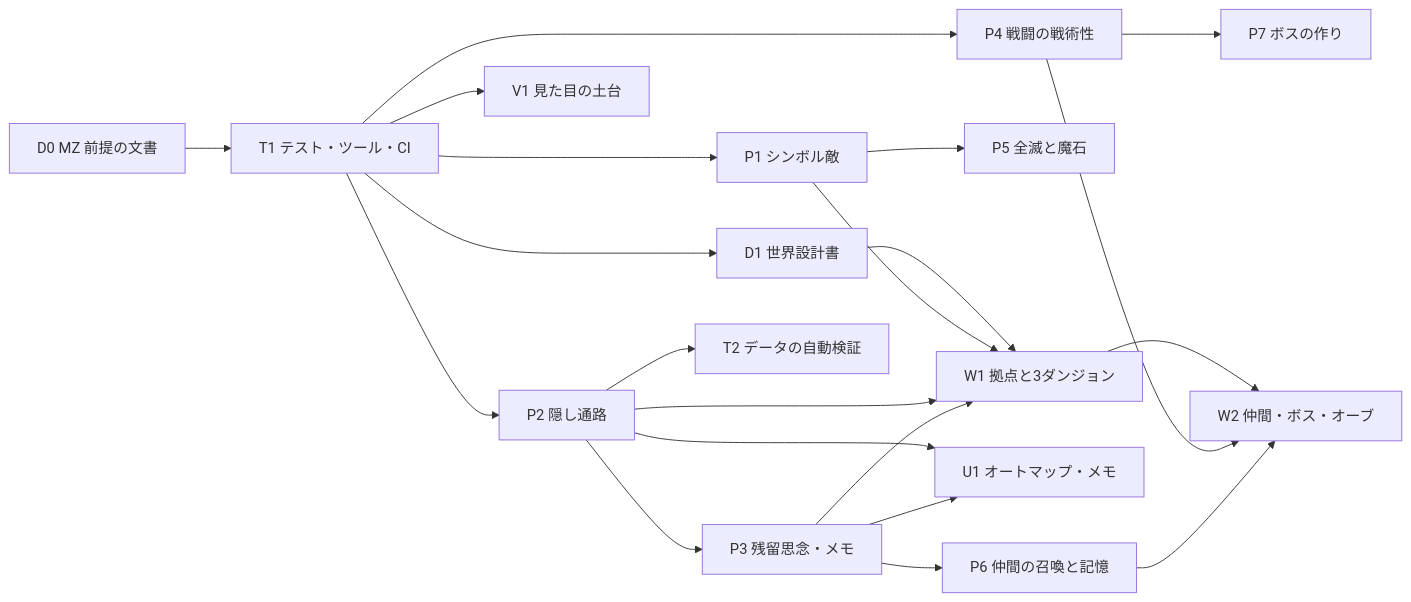
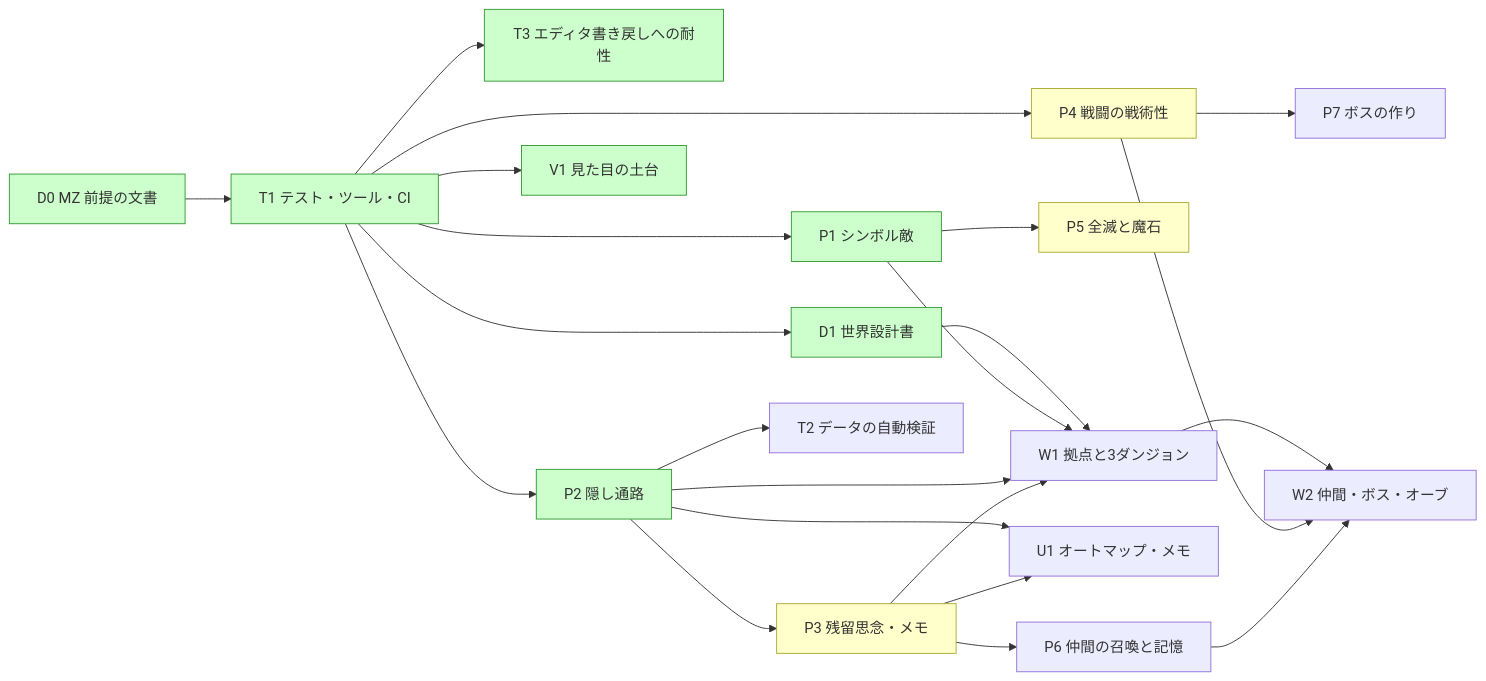
The diagram in docs/ROADMAP.md (nakaba9696/-RPG), drawn with Mermaid before and after one commit. The commit also changed other lines of this file and 1 other file, not shown here.

First line of the commit message:
D2: ドキュメントのまとめ（ROADMAP のチェック・割り当て表・決定待ち・約束を main に合わせる）

````diff
--- a/docs/ROADMAP.md
+++ b/docs/ROADMAP.md
@@ -152,23 +166,28 @@
 ```mermaid
 graph LR
   D0[D0 MZ 前提の文書] --> T1[T1 テスト・ツール・CI]
+  T1 --> T3[T3 エディタ書き戻しへの耐性]
   T1 --> P1[P1 シンボル敵]
   T1 --> P2[P2 隠し通路]
   T1 --> D1[D1 世界設計書]
   T1 --> V1[V1 見た目の土台]
   P2 --> P3[P3 残留思念・メモ]
   T1 --> P4[P4 戦闘の戦術性]
   P1 --> P5[P5 全滅と魔石]
   D1 --> W1[W1 拠点と3ダンジョン]
   P1 --> W1
   P2 --> W1
   P3 --> W1
   P2 --> U1[U1 オートマップ・メモ]
   P3 --> U1
   P2 --> T2[T2 データの自動検証]
   P3 --> P6[P6 仲間の召喚と記憶]
   W1 --> W2[W2 仲間・ボス・オーブ]
   P4 --> W2
   P6 --> W2
   P4 --> P7[P7 ボスの作り]
+  classDef done fill:#cfc,stroke:#393
+  classDef wait fill:#ffc,stroke:#aa3
+  class D0,T1,T3,P1,P2,D1,V1 done
+  class P3,P4,P5 wait
 ```
````
